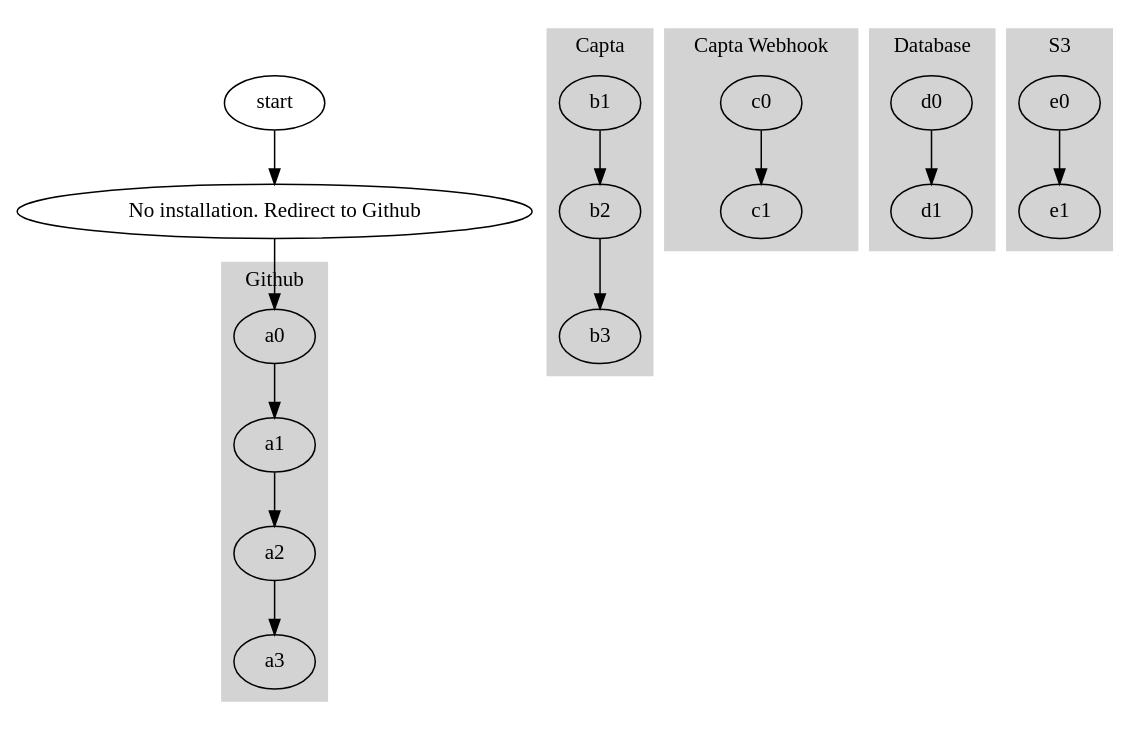
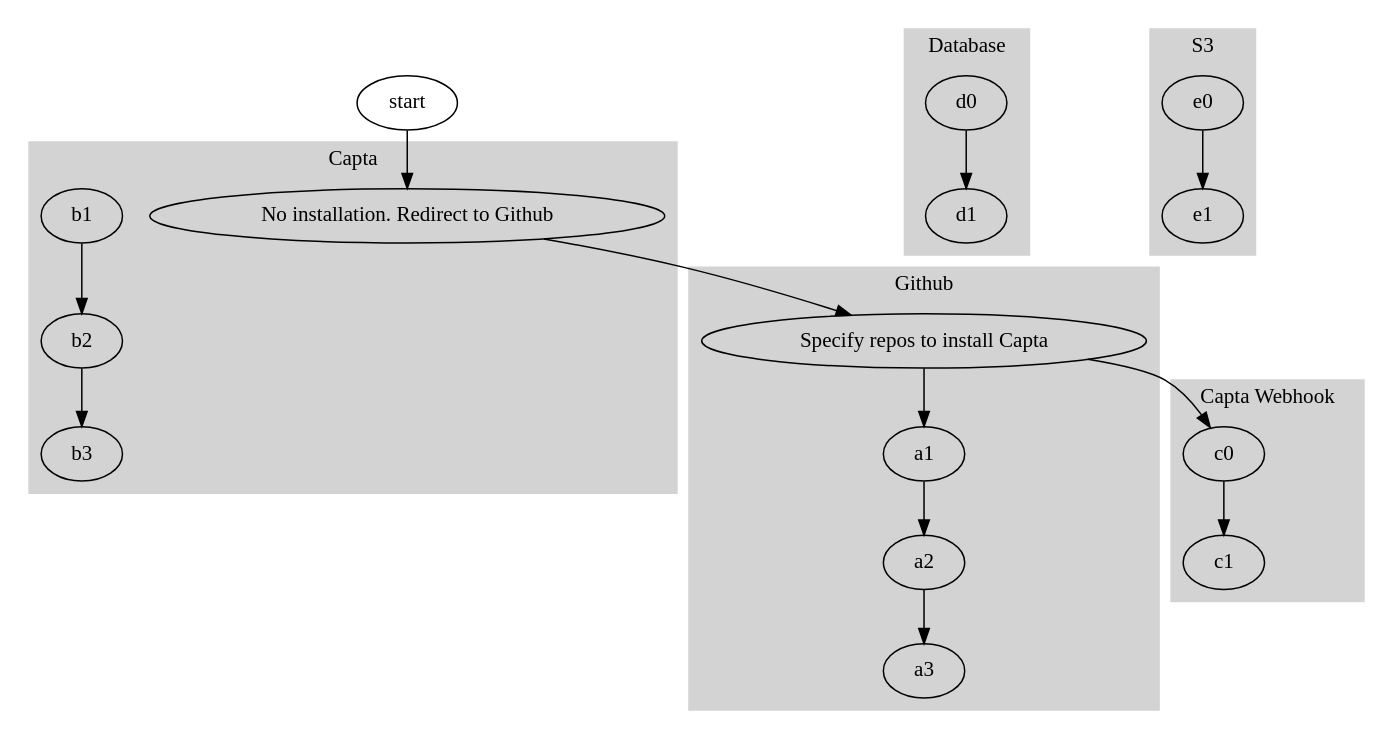
One commit to rickyyean/blog1 changed the diagram in github_integration.gv. Above: the diagram before and after it, drawn with Graphviz.

```diff
--- a/github_integration.gv
+++ b/github_integration.gv
@@ -1,37 +1,41 @@
 digraph G {
   subgraph cluster_github {
     label = "Github";
-    style=filled;
-    color=lightgrey;
+    style=filled; color=lightgrey;
+
     a0 -> a1 -> a2 -> a3;
   }
   subgraph cluster_capta {
     label = "Capta";
-    color=lightgrey;
-    style=filled;
+    color=lightgrey; style=filled;
+    
+    b0;
     b1 -> b2 -> b3;
   }
   subgraph cluster_capta_webhook {
     label = "Capta Webhook";
-    color=lightgrey;
-    style=filled;
+    color=lightgrey; style=filled;
+
     c0 -> c1;
   }
   subgraph cluster_db {
     label = "Database";
-    color=lightgrey;
-    style=filled;
+    color=lightgrey; style=filled;
+    
     d0 -> d1;
   }
   subgraph cluster_s3 {
     label="S3";
-    color=lightgrey;
-    style=filled;
+    color=lightgrey; style=filled;
+    
     e0 -> e1;
   }
-  
+
+  start -> b0;
   b0 [label="No installation. Redirect to Github"];
 
-  start -> b0;
   b0 -> a0;
+  a0 [label="Specify repos to install Capta"];
+  
+  a0 -> c0
 }
```
